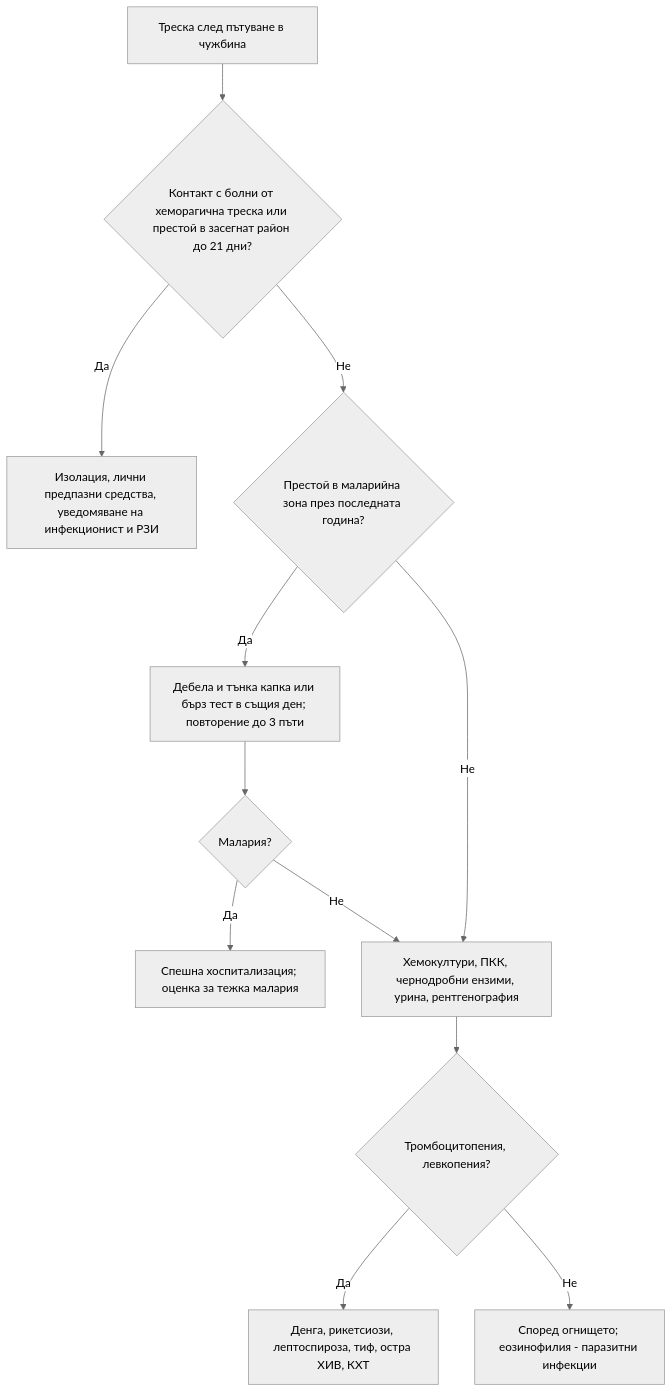
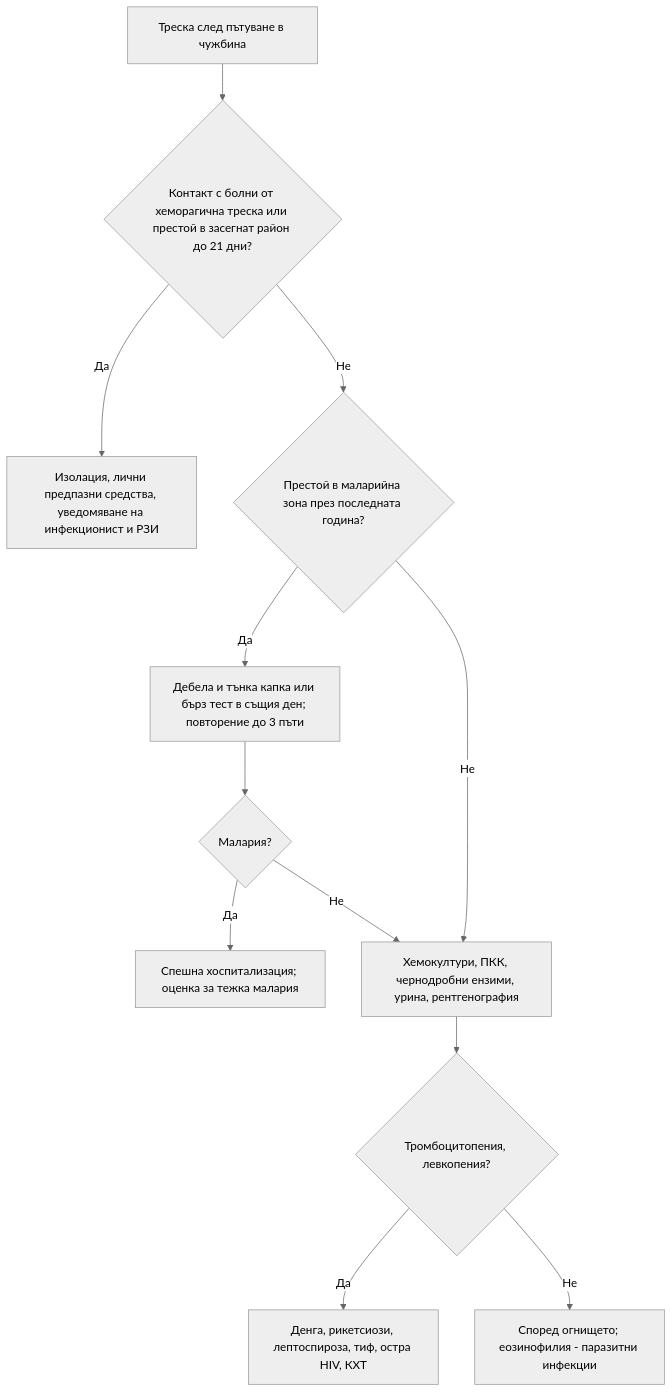
Before and after one commit to yancho26/yancho: the diagram in glavi/80-patuvane-imunosupresia.md, drawn with Mermaid (neutral theme). The commit also changed other lines of this file and 14 other files, not shown here.

````diff
--- a/glavi/80-patuvane-imunosupresia.md
+++ b/glavi/80-patuvane-imunosupresia.md
@@ -185,14 +185,14 @@
 ```mermaid
 flowchart TD
     A["Треска след пътуване в чужбина"] --> B{"Контакт с болни от хеморагична треска или престой в засегнат район до 21 дни?"}
     B -->|Да| C["Изолация, лични предпазни средства, уведомяване на инфекционист и РЗИ"]
     B -->|Не| D{"Престой в маларийна зона през последната година?"}
     D -->|Да| E["Дебела и тънка капка или бърз тест в същия ден; повторение до 3 пъти"]
     E --> F{"Малария?"}
     F -->|Да| G["Спешна хоспитализация; оценка за тежка малария"]
     F -->|Не| H["Хемокултури, ПКК, чернодробни ензими, урина, рентгенография"]
     D -->|Не| H
     H --> I{"Тромбоцитопения, левкопения?"}
-    I -->|Да| J["Денга, рикетсиози, лептоспироза, тиф, остра ХИВ, КХТ"]
+    I -->|Да| J["Денга, рикетсиози, лептоспироза, тиф, остра HIV, КХТ"]
     I -->|Не| K["Според огнището; еозинофилия - паразитни инфекции"]
 ```
````
